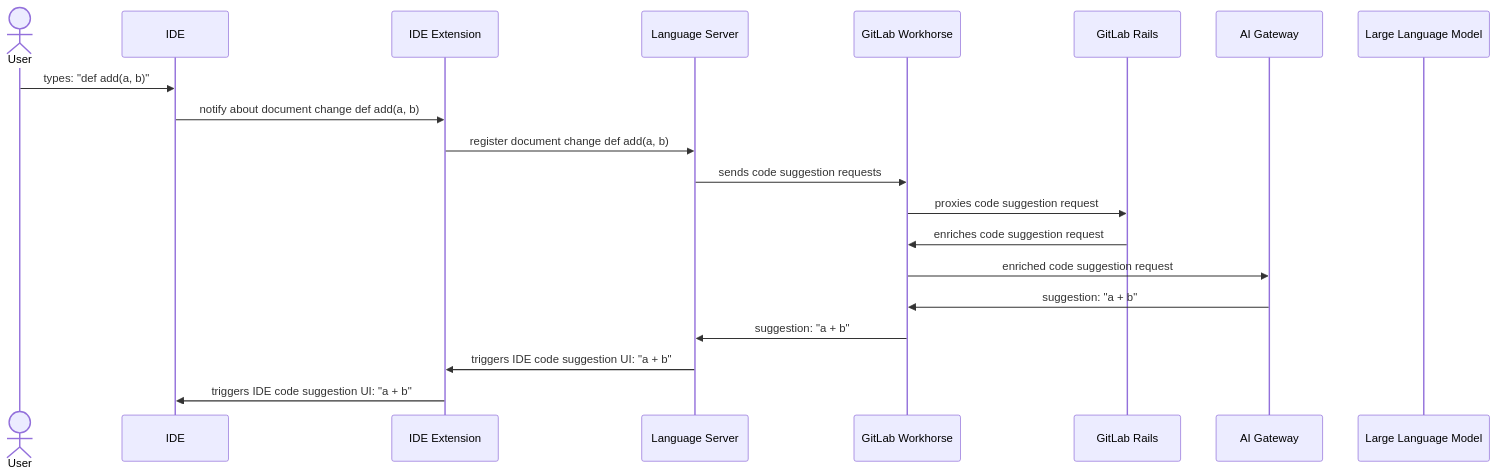
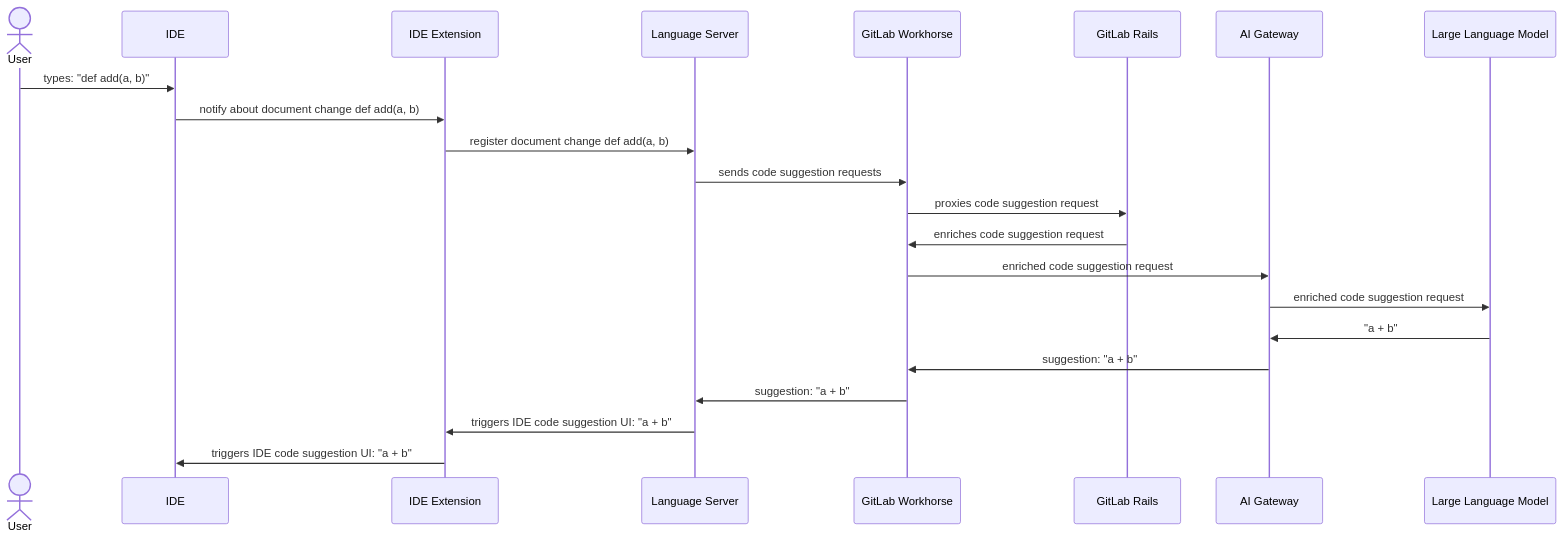
The first of 3 diagrams in content/handbook/engineering/development/dev/create/code-creation/engineering_overview.md (moliver28/research-handbook), drawn with Mermaid before and after one commit. The commit also changed other lines of this file, not shown here.

````diff
--- a/content/handbook/engineering/development/dev/create/code-creation/engineering_overview.md
+++ b/content/handbook/engineering/development/dev/create/code-creation/engineering_overview.md
@@ -11,23 +11,25 @@
 ```mermaid
 sequenceDiagram
     actor USR as  User
     participant IDE
     participant EXT as IDE Extension
     participant LS as Language Server
     participant GLW as GitLab Workhorse
     participant GLR as GitLab Rails
     participant AIGW as AI Gateway
     participant LLM as Large Language Model
 
     USR->>IDE: types: "def add(a, b)"
     IDE->>EXT: notify about document change def add(a, b)
     EXT->>LS: register document change def add(a, b)
     LS->>GLW: sends code suggestion requests 
     GLW->>GLR: proxies code suggestion request
     GLR->>GLW: enriches code suggestion request 
     GLW->>AIGW: enriched code suggestion request
+    AIGW->>LLM:  enriched code suggestion request
+    LLM->>AIGW: "a + b"
     AIGW->>GLW: suggestion: "a + b"
     GLW->>LS:  suggestion: "a + b"
     LS->>EXT: triggers IDE code suggestion UI: "a + b" 
     EXT->>IDE: triggers IDE code suggestion UI: "a + b" 
 ```
````
